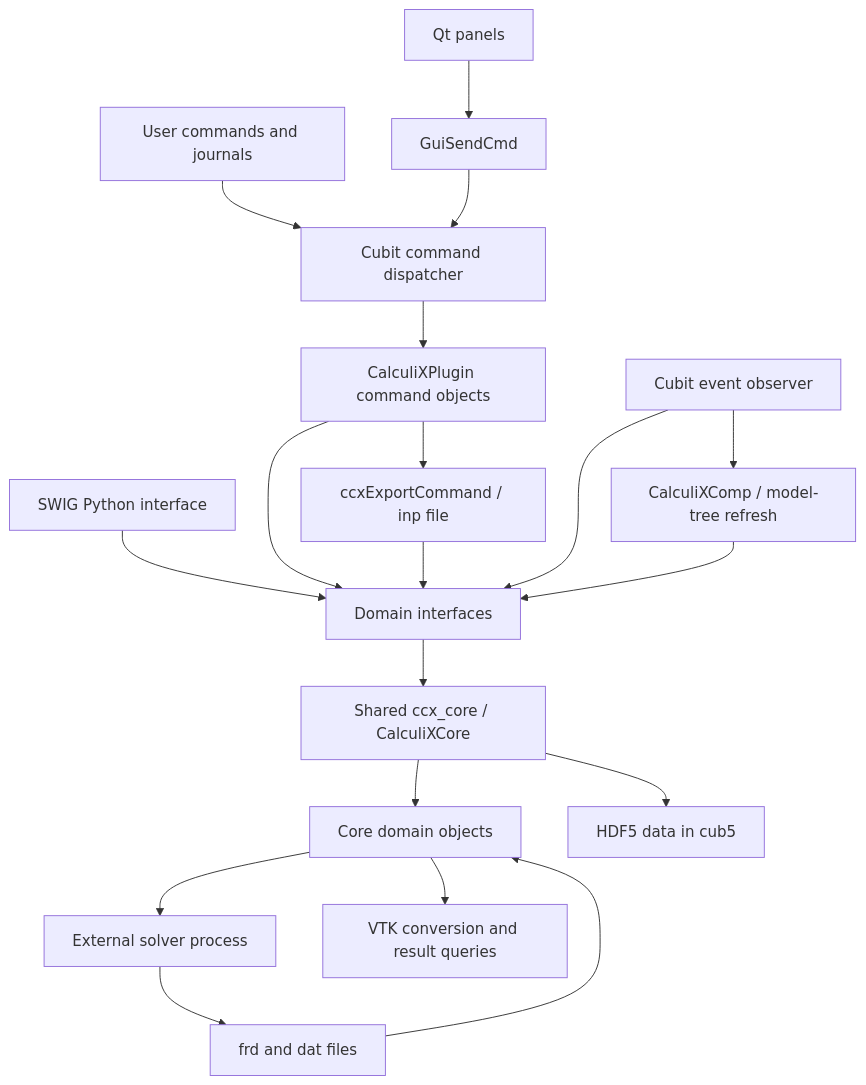
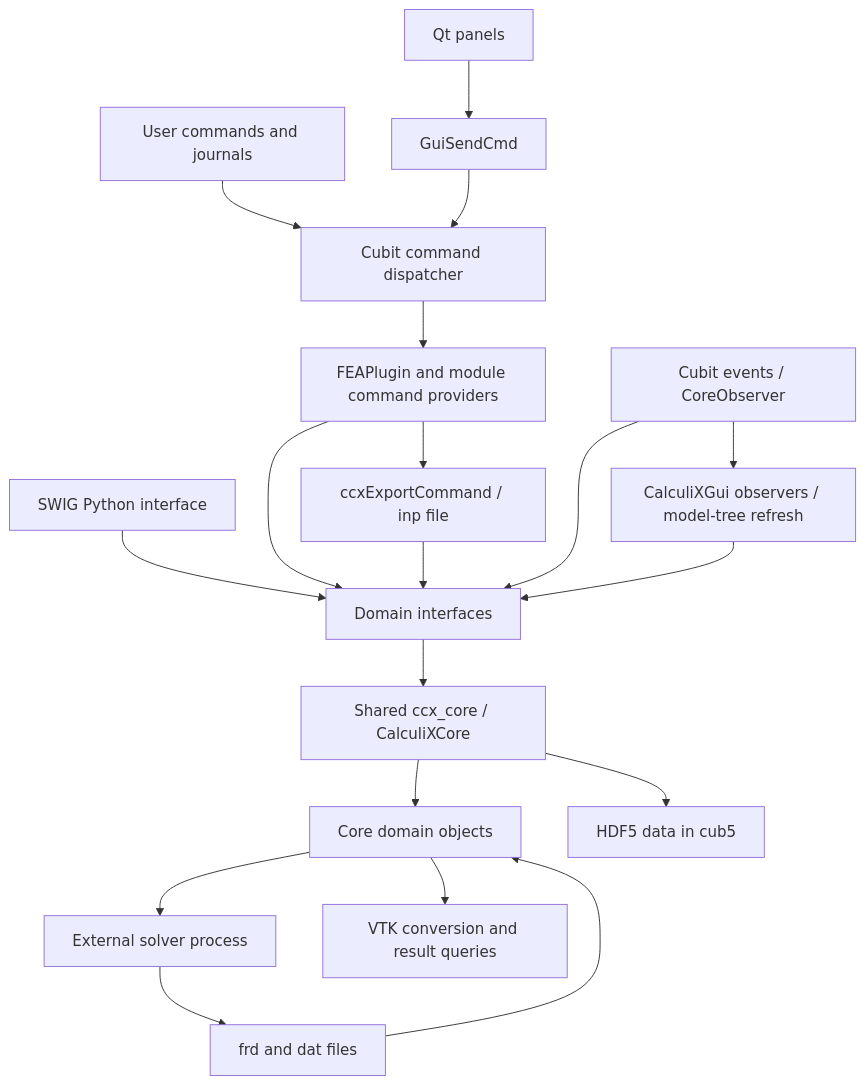
One commit to calculix/Cubit-CalculiX changed the diagram in docs/architecture.md. Above: the diagram before and after it, drawn with Mermaid. The commit also changed other lines of this file and 363 other files, not shown here.

````diff
--- a/docs/architecture.md
+++ b/docs/architecture.md
@@ -11,21 +11,21 @@
 ```mermaid
 flowchart TD
     J[User commands and journals] --> C[Cubit command dispatcher]
     G[Qt panels] --> S[GuiSendCmd]
     S --> C
-    C --> P[CalculiXPlugin command objects]
+    C --> P[FEAPlugin and module command providers]
     P --> I[Domain interfaces]
     PY[SWIG Python interface] --> I
     I --> M[Shared ccx_core / CalculiXCore]
     M --> D[Core domain objects]
-    O[Cubit event observer] --> I
-    O --> V[CalculiXComp / model-tree refresh]
+    O[Cubit events / CoreObserver] --> I
+    O --> V[CalculiXGui observers / model-tree refresh]
     V --> I
     M --> H[HDF5 data in cub5]
     P --> E[ccxExportCommand / inp file]
     E --> I
     D --> X[External solver process]
     X --> R[frd and dat files]
     R --> D
     D --> W[VTK conversion and result queries]
 ```
````
